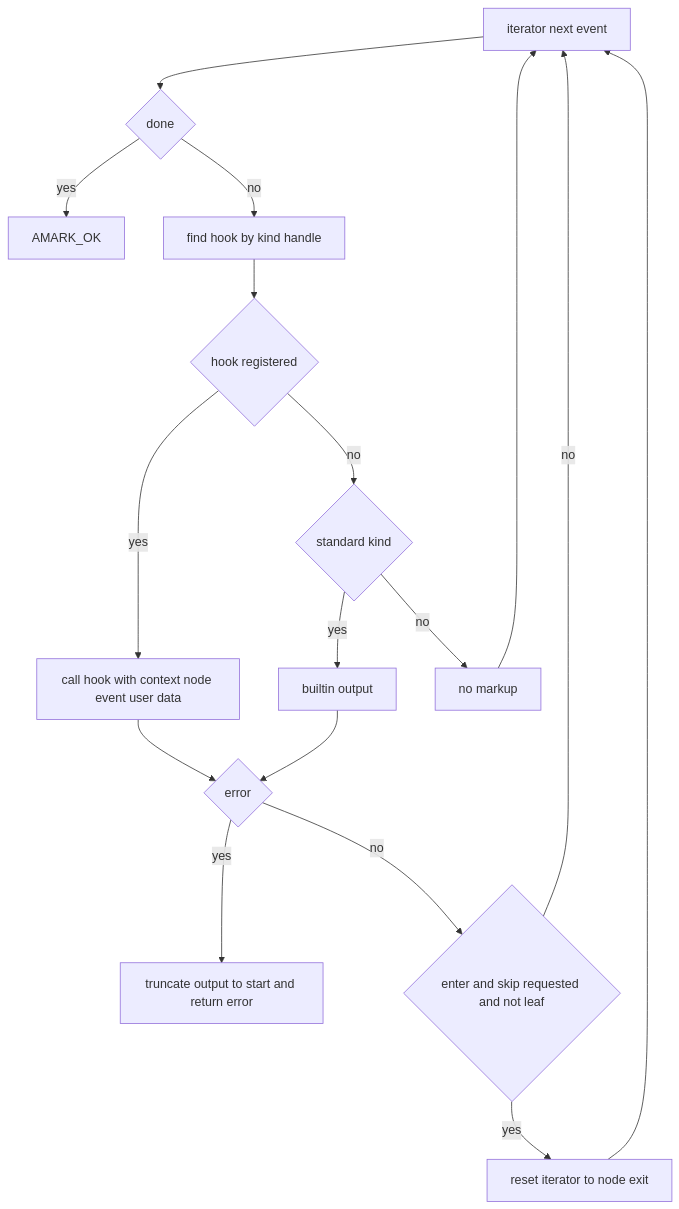
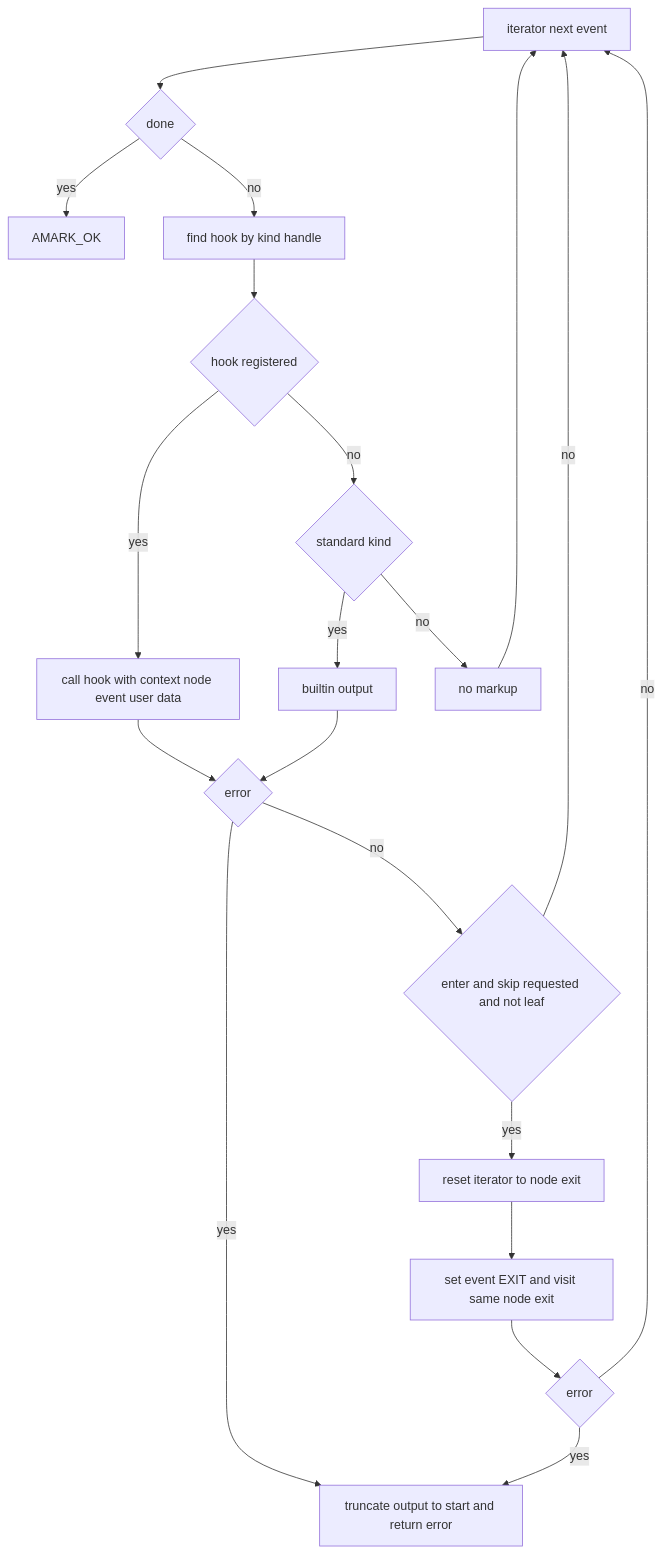
One commit to ktdevx/amark-private3 changed the second of 4 diagrams in .kiro/specs/html-renderer/design.md. Above: the diagram before and after it, drawn with Mermaid. The commit also changed other lines of this file and 28 other files, not shown here.

````diff
--- a/.kiro/specs/html-renderer/design.md
+++ b/.kiro/specs/html-renderer/design.md
@@ -142,19 +142,22 @@
 ```mermaid
 graph TB
     Next[iterator next event] --> Done{done}
     Done -->|yes| Ok[AMARK_OK]
     Done -->|no| Find[find hook by kind handle]
     Find --> HasHook{hook registered}
     HasHook -->|yes| CallHook[call hook with context node event user data]
     HasHook -->|no| Builtin{standard kind}
     Builtin -->|yes| Std[builtin output]
     Builtin -->|no| Transparent[no markup]
     CallHook --> Err{error}
     Std --> Err
     Transparent --> Next
     Err -->|yes| Rollback[truncate output to start and return error]
     Err -->|no| Skip{enter and skip requested and not leaf}
     Skip -->|yes| Reset[reset iterator to node exit]
     Skip -->|no| Next
-    Reset --> Next
+    Reset --> VisitExit[set event EXIT and visit same node exit]
+    VisitExit --> ExitErr{error}
+    ExitErr -->|yes| Rollback
+    ExitErr -->|no| Next
 ```
````
